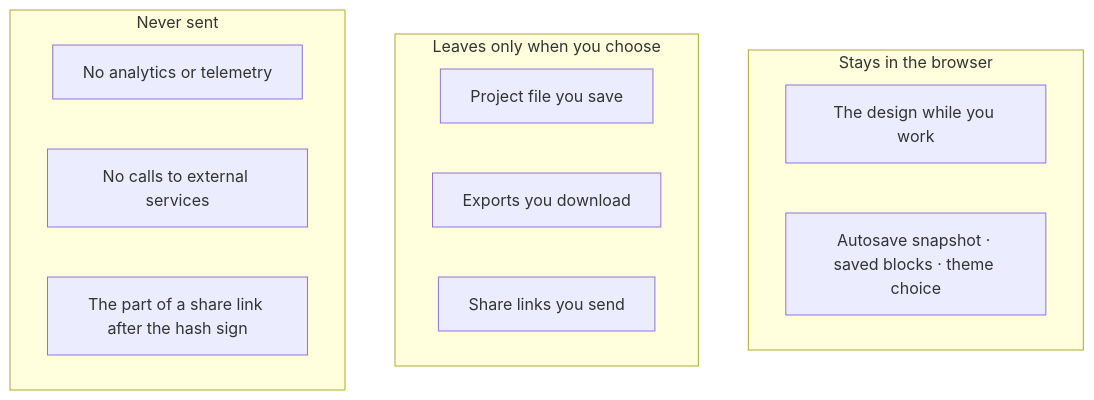
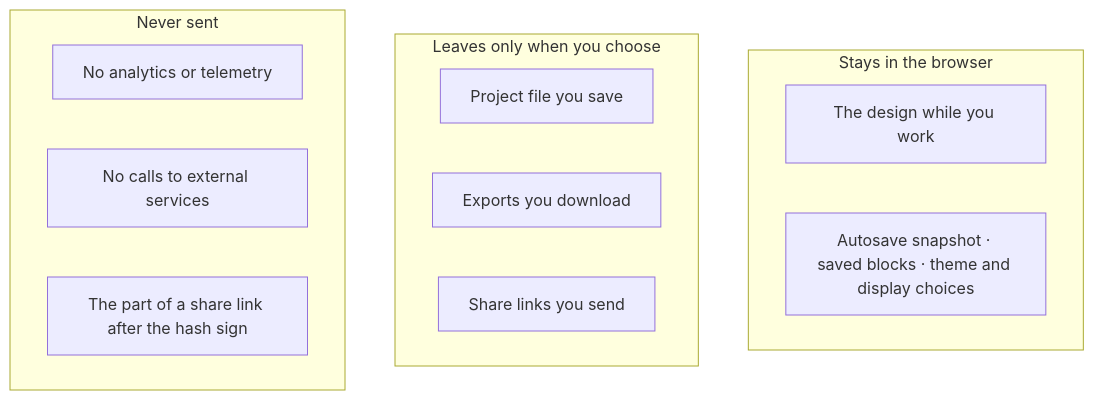
Before and after one commit to vijaykumargowdakk/ReSecArc: diagram 28 of 32 in README.md, drawn with Mermaid. The commit also changed other lines of this file and 5 other files, not shown here.

````diff
--- a/README.md
+++ b/README.md
@@ -1141,17 +1150,17 @@
 ```mermaid
 flowchart TB
     subgraph Stays["Stays in the browser"]
         D1["The design while you work"]
-        D2["Autosave snapshot · saved blocks · theme choice"]
+        D2["Autosave snapshot · saved blocks · theme and display choices"]
     end
     subgraph User["Leaves only when you choose"]
         F["Project file you save"]
         E["Exports you download"]
         L["Share links you send"]
     end
     subgraph Never["Never sent"]
         N1["No analytics or telemetry"]
         N2["No calls to external services"]
         N3["The part of a share link after the hash sign"]
     end
 ```
````
